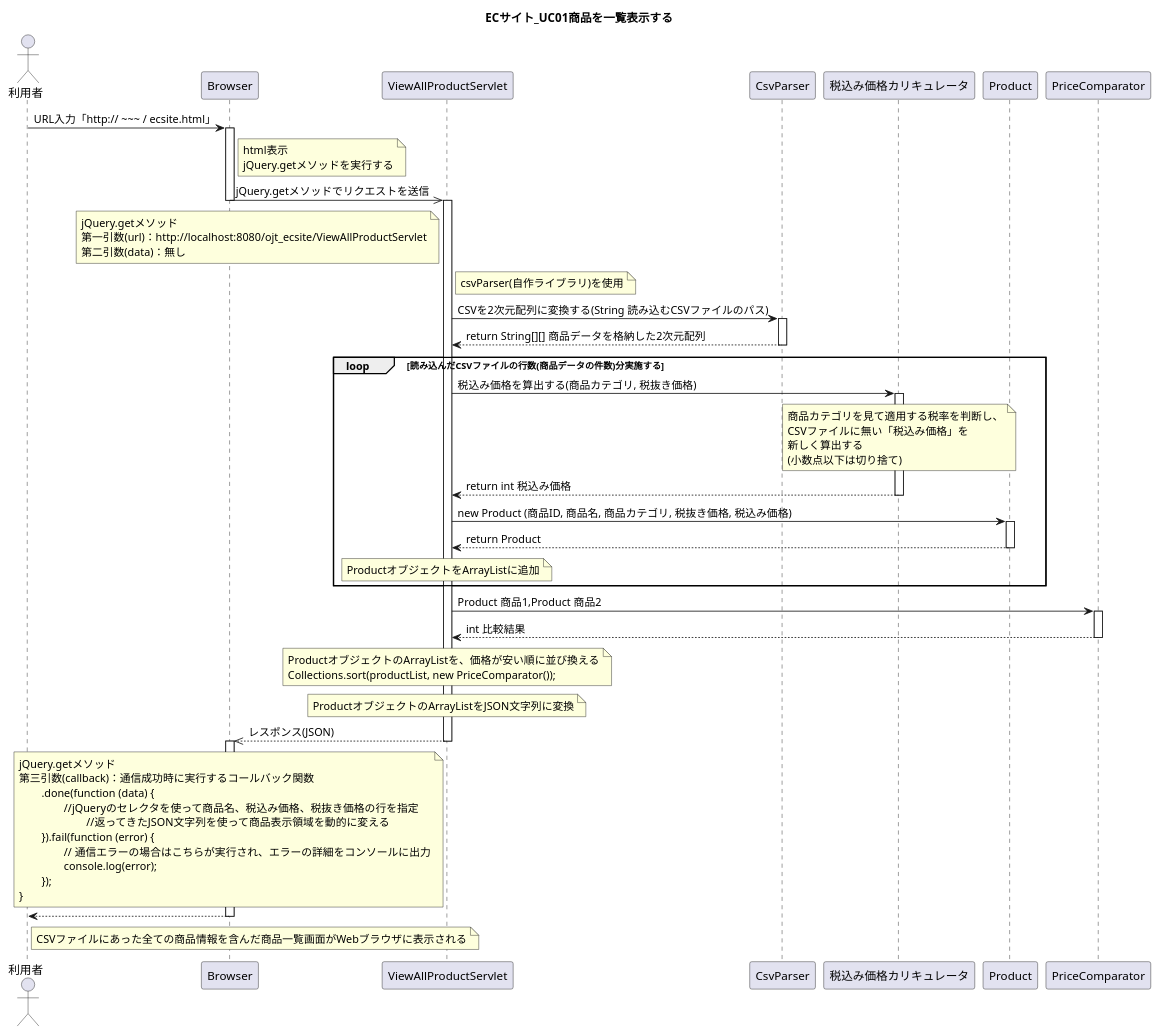
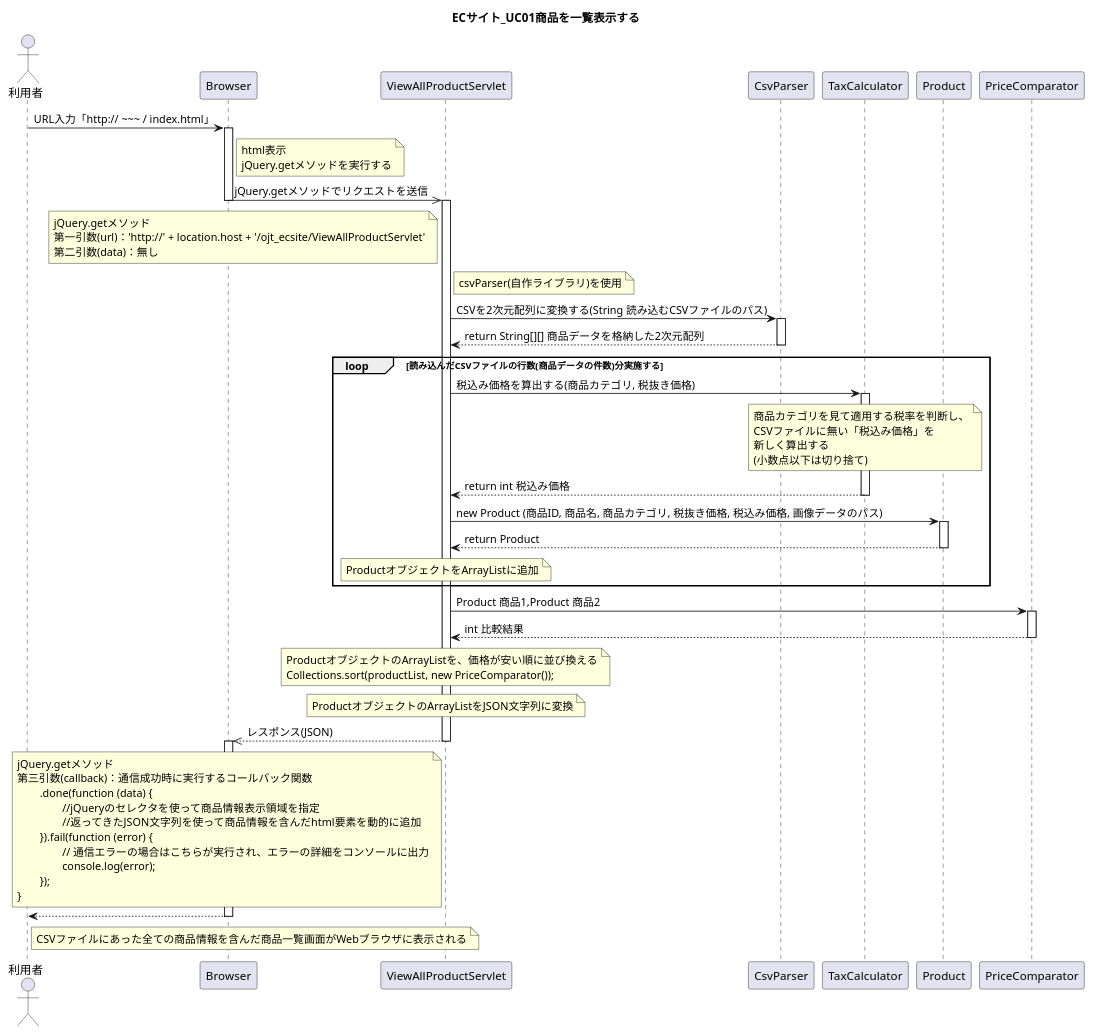
Before and after one commit to wnakayama/ojt_ecsite: the diagram in UML/Sequence01.puml, drawn with PlantUML. The commit also changed 5 other files, not shown here.

```diff
--- a/UML/Sequence01.puml
+++ b/UML/Sequence01.puml
@@ -1,97 +1,97 @@
 @startuml
 title ECサイト_UC01商品を一覧表示する
 
 actor 利用者
 
-利用者 -> Browser : URL入力「http:// ~~~ / ecsite.html」
+利用者 -> Browser : URL入力「http:// ~~~ / index.html」
 activate Browser
 	note right of Browser
 	html表示
 	jQuery.getメソッドを実行する
 	end note
 
 Browser ->> ViewAllProductServlet : jQuery.getメソッドでリクエストを送信
 deactivate Browser
 activate ViewAllProductServlet
 
 	note left of ViewAllProductServlet
 	jQuery.getメソッド
-	第一引数(url)：http://localhost:8080/ojt_ecsite/ViewAllProductServlet
+	第一引数(url)：'http://' + location.host + '/ojt_ecsite/ViewAllProductServlet'
 	第二引数(data)：無し
 	end note
 
 
 	note right of ViewAllProductServlet
 	csvParser(自作ライブラリ)を使用
 	end note
 
 ViewAllProductServlet -> CsvParser : CSVを2次元配列に変換する(String 読み込むCSVファイルのパス)
 activate CsvParser
 
 ViewAllProductServlet <-- CsvParser : return String[][] 商品データを格納した2次元配列
 deactivate CsvParser
 
 loop 読み込んだCSVファイルの行数(商品データの件数)分実施する
-ViewAllProductServlet -> 税込み価格カリキュレータ : 税込み価格を算出する(商品カテゴリ, 税抜き価格)
-activate 税込み価格カリキュレータ
+ViewAllProductServlet -> TaxCalculator : 税込み価格を算出する(商品カテゴリ, 税抜き価格)
+activate TaxCalculator
 
-	note over of 税込み価格カリキュレータ
+	note over of TaxCalculator
 	商品カテゴリを見て適用する税率を判断し、
 	CSVファイルに無い「税込み価格」を
 	新しく算出する
 	(小数点以下は切り捨て)
 	end note
 
-ViewAllProductServlet <-- 税込み価格カリキュレータ : return int 税込み価格
-deactivate 税込み価格カリキュレータ
+ViewAllProductServlet <-- TaxCalculator : return int 税込み価格
+deactivate TaxCalculator
 
-ViewAllProductServlet -> Product : new Product (商品ID, 商品名, 商品カテゴリ, 税抜き価格, 税込み価格)
+ViewAllProductServlet -> Product : new Product (商品ID, 商品名, 商品カテゴリ, 税抜き価格, 税込み価格, 画像データのパス)
 activate Product
 
 ViewAllProductServlet <-- Product : return Product
 deactivate Product
 	note over ViewAllProductServlet
 	ProductオブジェクトをArrayListに追加
 	end note
 end loop
 
 ViewAllProductServlet -> PriceComparator : Product 商品1,Product 商品2
 activate PriceComparator
 ViewAllProductServlet <-- PriceComparator : int 比較結果
 deactivate PriceComparator
 
 	note over ViewAllProductServlet
 	ProductオブジェクトのArrayListを、価格が安い順に並び換える
 	Collections.sort(productList, new PriceComparator());
 	end note
 
 	note over ViewAllProductServlet
 	ProductオブジェクトのArrayListをJSON文字列に変換
 	end note
 
 Browser <<-- ViewAllProductServlet : レスポンス(JSON)
 deactivate ViewAllProductServlet
 activate Browser
 
 	note left of ViewAllProductServlet
 	jQuery.getメソッド
 	第三引数(callback)：通信成功時に実行するコールバック関数
 		.done(function (data) {
-			//jQueryのセレクタを使って商品名、税込み価格、税抜き価格の行を指定
-				//返ってきたJSON文字列を使って商品表示領域を動的に変える
+			//jQueryのセレクタを使って商品情報表示領域を指定
+			//返ってきたJSON文字列を使って商品情報を含んだhtml要素を動的に追加
 		}).fail(function (error) {
 			// 通信エラーの場合はこちらが実行され、エラーの詳細をコンソールに出力
 			console.log(error);
 		});
 	}
 	end note
 
 
 利用者 <-- Browser
 	note right of 利用者
 	CSVファイルにあった全ての商品情報を含んだ商品一覧画面がWebブラウザに表示される
 	end note
 
 deactivate Browser
 
 @enduml
```
